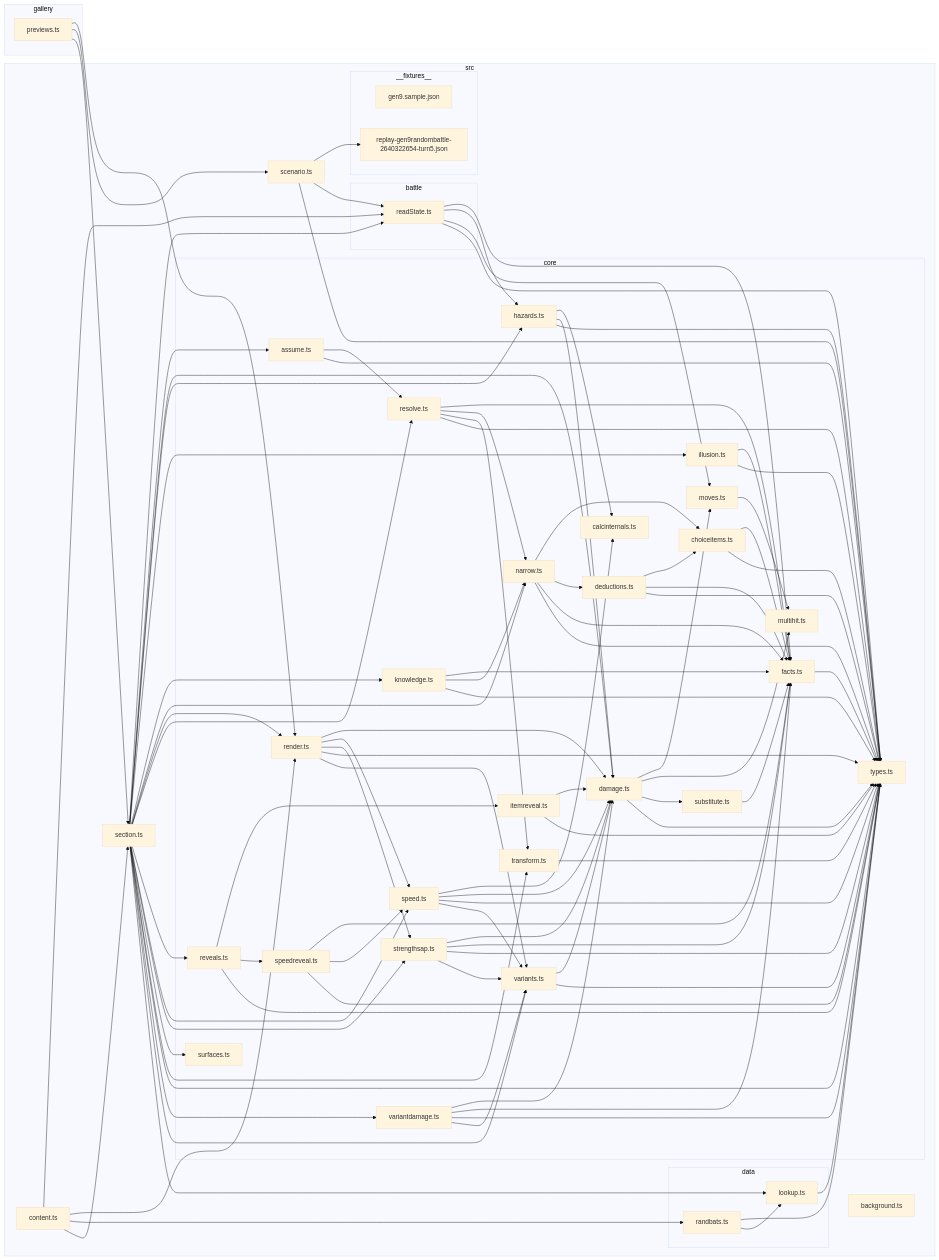
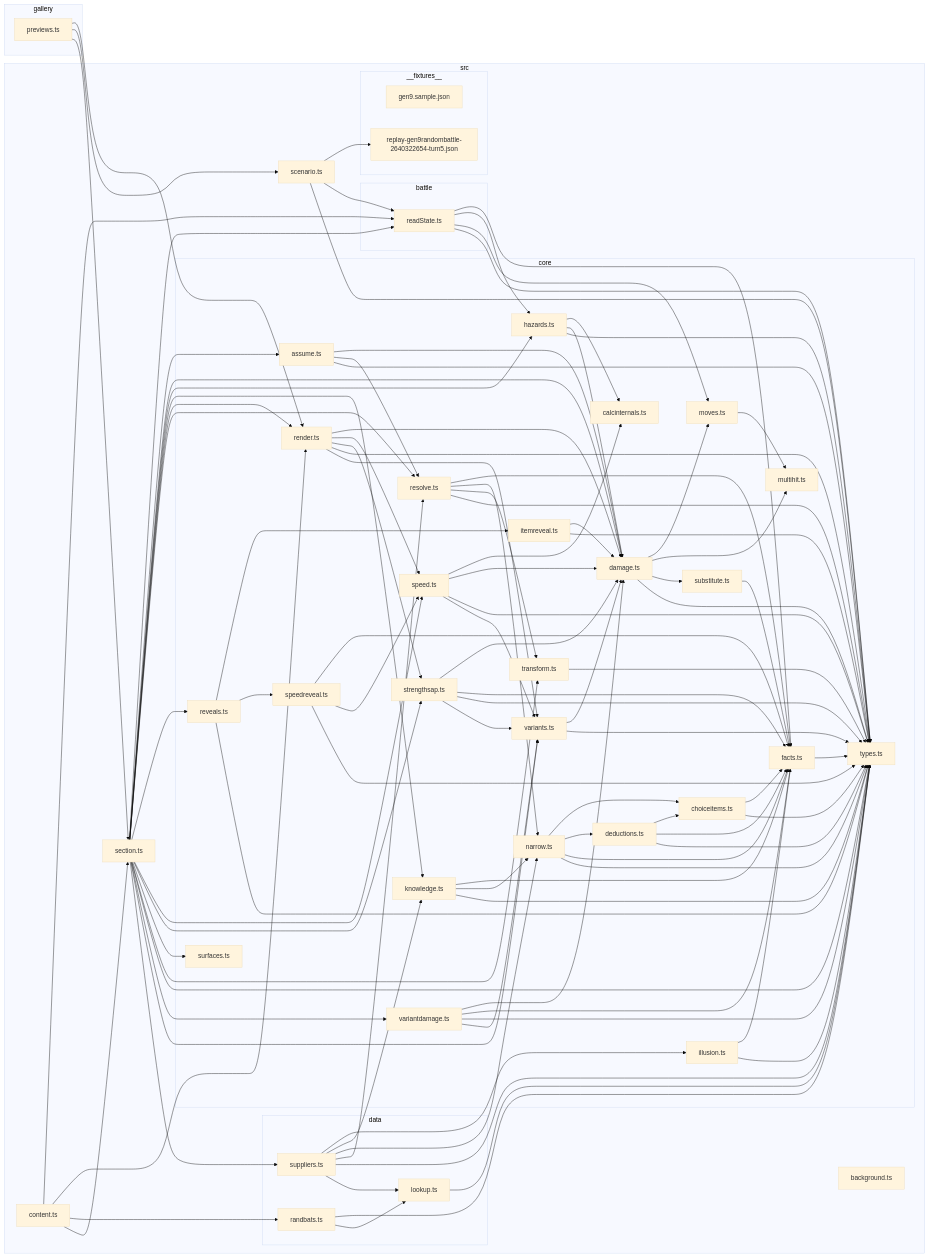
One commit to seanaujong/hi-chu changed the diagram in docs/architecture-graph.md. Above: the diagram before and after it, drawn with Mermaid (base theme). The commit also changed other lines of this file and 6 other files, not shown here.

````diff
--- a/docs/architecture-graph.md
+++ b/docs/architecture-graph.md
@@ -39,29 +39,30 @@
 P["choiceitems.ts"]
 Q["deductions.ts"]
 R["transform.ts"]
-S["illusion.ts"]
-T["knowledge.ts"]
-U["reveals.ts"]
-V["itemreveal.ts"]
-W["speedreveal.ts"]
-X["surfaces.ts"]
-Y["variantdamage.ts"]
+S["knowledge.ts"]
+T["reveals.ts"]
+U["itemreveal.ts"]
+V["speedreveal.ts"]
+W["surfaces.ts"]
+X["variantdamage.ts"]
+10["illusion.ts"]
 end
 F["scenario.ts"]
 subgraph G["__fixtures__"]
 H["replay-gen9randombattle-2640322654-turn5.json"]
-14["gen9.sample.json"]
+15["gen9.sample.json"]
 end
 subgraph I["battle"]
 J["readState.ts"]
 end
 L["section.ts"]
-subgraph Z["data"]
-10["lookup.ts"]
-13["randbats.ts"]
+subgraph Y["data"]
+Z["suppliers.ts"]
+11["lookup.ts"]
+14["randbats.ts"]
 end
-11["background.ts"]
-12["content.ts"]
+12["background.ts"]
+13["content.ts"]
 end
 1-->4
 1-->F
@@ -103,19 +104,18 @@
 L-->5
 L-->K
 L-->S
-L-->T
-L-->O
 L-->4
 L-->N
-L-->U
+L-->T
 L-->B
 L-->E
-L-->X
+L-->W
 L-->R
 L-->A
-L-->Y
+L-->X
 L-->D
-L-->10
+L-->Z
+M-->5
 M-->N
 M-->A
 N-->9
@@ -133,27 +133,33 @@
 Q-->A
 R-->A
 S-->9
+S-->O
 S-->A
-T-->9
-T-->O
+T-->U
+T-->V
 T-->A
-U-->V
-U-->W
+U-->5
 U-->A
-V-->5
+V-->9
+V-->B
 V-->A
-W-->9
-W-->B
-W-->A
-Y-->5
-Y-->9
-Y-->A
-Y-->D
+X-->5
+X-->9
+X-->A
+X-->D
+Z-->10
+Z-->S
+Z-->O
+Z-->N
+Z-->A
+Z-->11
+10-->9
 10-->A
-12-->J
-12-->4
-12-->13
-12-->L
-13-->A
-13-->10
+11-->A
+13-->J
+13-->4
+13-->14
+13-->L
+14-->A
+14-->11
 ```
````
